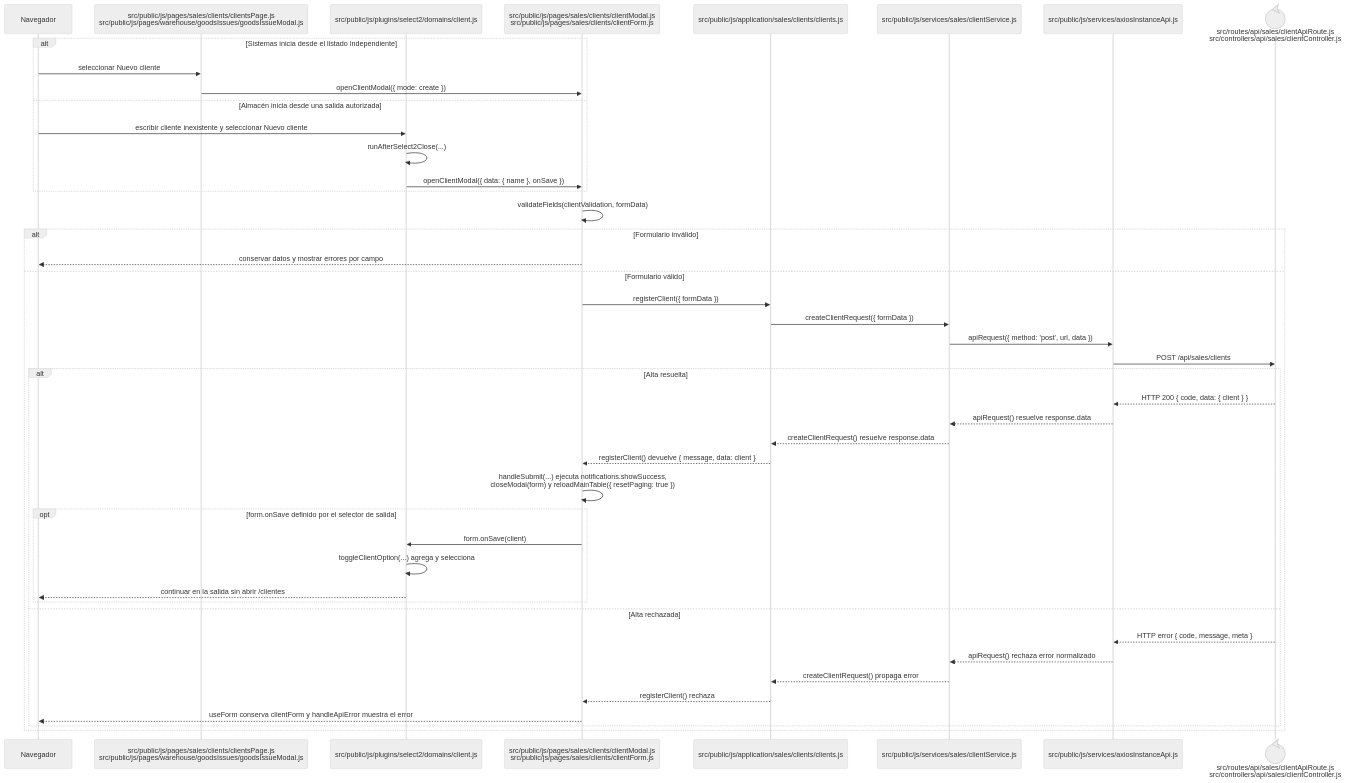
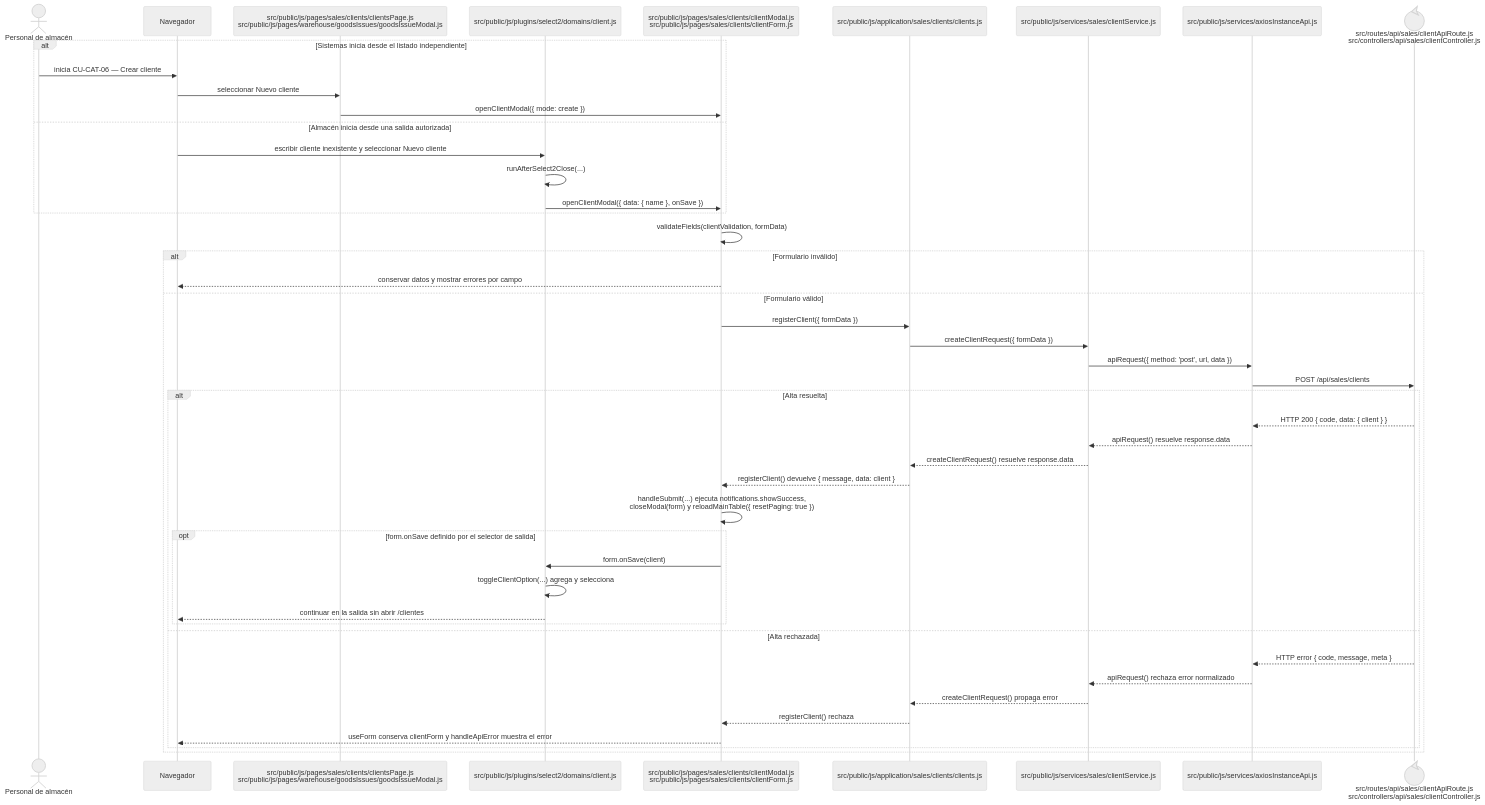
One commit to gpgsistemas01/nexus changed the diagram in docs/architecture/frontend-code-sequences/catalogs/cu-cat-06.md. Above: the diagram before and after it, drawn with Mermaid (neutral theme). The commit also changed 105 other files, not shown here.

````diff
--- a/docs/architecture/frontend-code-sequences/catalogs/cu-cat-06.md
+++ b/docs/architecture/frontend-code-sequences/catalogs/cu-cat-06.md
@@ -6,47 +6,49 @@
 ```mermaid
 sequenceDiagram
+    actor Initiator as Personal de almacén
     participant Browser as Navegador
     participant Origin as src/public/js/pages/sales/clients/clientsPage.js<br/>src/public/js/pages/warehouse/goodsIssues/goodsIssueModal.js
     participant Select as src/public/js/plugins/select2/domains/client.js
     participant View as src/public/js/pages/sales/clients/clientModal.js<br/>src/public/js/pages/sales/clients/clientForm.js
     participant Application as src/public/js/application/sales/clients/clients.js
     participant Request as src/public/js/services/sales/clientService.js
     participant HTTP as src/public/js/services/axiosInstanceApi.js
     participant Transport@{ "type": "control" } as src/routes/api/sales/clientApiRoute.js<br/>src/controllers/api/sales/clientController.js
 
     alt Sistemas inicia desde el listado independiente
+    Initiator->>Browser: inicia CU-CAT-06 — Crear cliente
         Browser->>Origin: seleccionar Nuevo cliente
         Origin->>View: openClientModal({ mode: create })
     else Almacén inicia desde una salida autorizada
         Browser->>Select: escribir cliente inexistente y seleccionar Nuevo cliente
         Select->>Select: runAfterSelect2Close(...)
         Select->>View: openClientModal({ data: { name }, onSave })
     end
     View->>View: validateFields(clientValidation, formData)
     alt Formulario inválido
         View-->>Browser: conservar datos y mostrar errores por campo
     else Formulario válido
         View->>Application: registerClient({ formData })
         Application->>Request: createClientRequest({ formData })
         Request->>HTTP: apiRequest({ method: 'post', url, data })
         HTTP->>Transport: POST /api/sales/clients
         alt Alta resuelta
             Transport-->>HTTP: HTTP 200 { code, data: { client } }
             HTTP-->>Request: apiRequest() resuelve response.data
             Request-->>Application: createClientRequest() resuelve response.data
             Application-->>View: registerClient() devuelve { message, data: client }
             View->>View: handleSubmit(...) ejecuta notifications.showSuccess,<br/>closeModal(form) y reloadMainTable({ resetPaging: true })
             opt form.onSave definido por el selector de salida
                 View->>Select: form.onSave(client)
                 Select->>Select: toggleClientOption(...) agrega y selecciona
                 Select-->>Browser: continuar en la salida sin abrir /clientes
             end
         else Alta rechazada
             Transport-->>HTTP: HTTP error { code, message, meta }
             HTTP-->>Request: apiRequest() rechaza error normalizado
             Request-->>Application: createClientRequest() propaga error
             Application-->>View: registerClient() rechaza
             View-->>Browser: useForm conserva clientForm y handleApiError muestra el error
         end
     end
 ```
````
